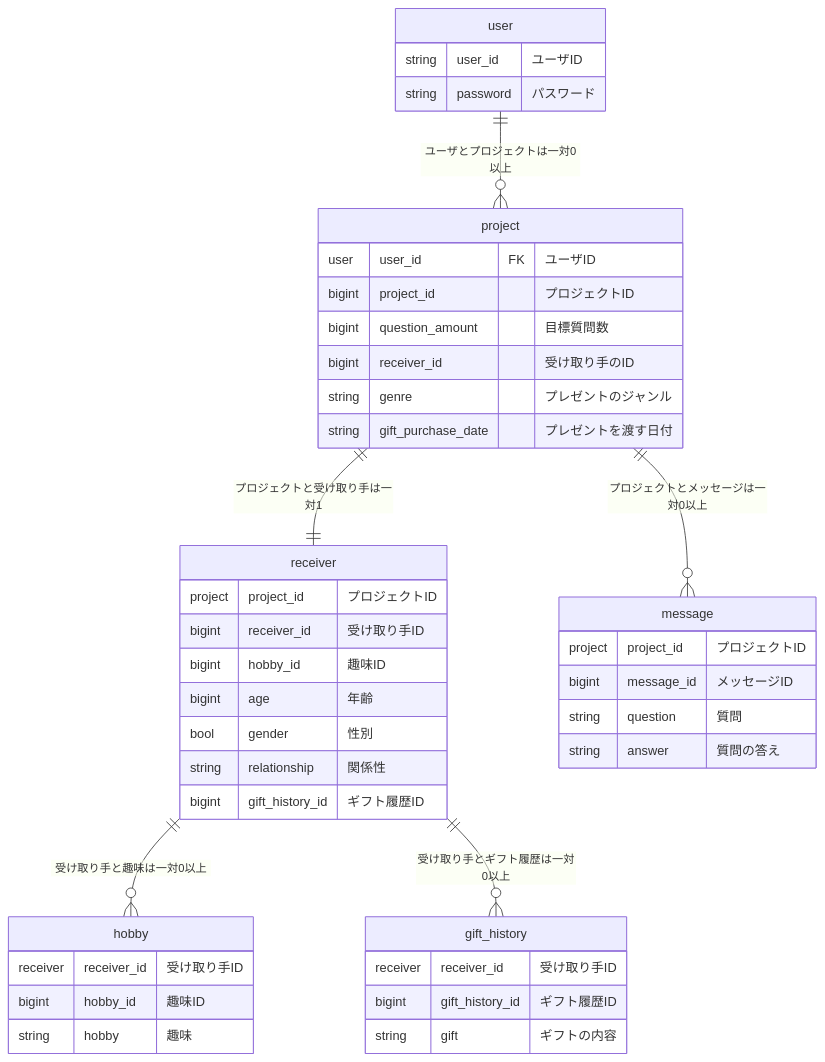
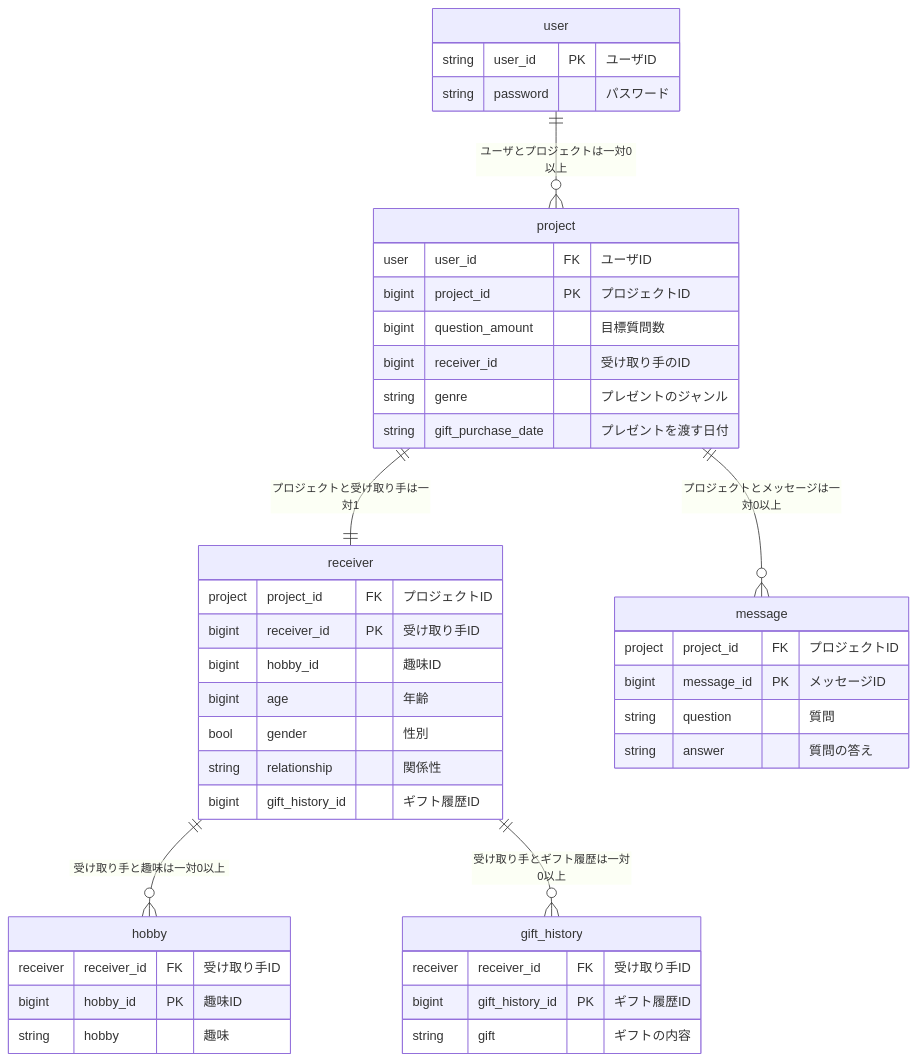
One commit to team-upliftu/UpliftU changed the diagram in README.md. Above: the diagram before and after it, drawn with Mermaid.

````diff
--- a/README.md
+++ b/README.md
@@ -18,52 +18,52 @@
 ```mermaid
 erDiagram
   user ||--o{ project : "ユーザとプロジェクトは一対0以上"
   project ||--|| receiver : "プロジェクトと受け取り手は一対1"
   project ||--o{ message : "プロジェクトとメッセージは一対0以上"
   receiver ||--o{ hobby : "受け取り手と趣味は一対0以上"
   receiver ||--o{ gift_history : "受け取り手とギフト履歴は一対0以上"
 
   user {
-    string user_id "ユーザID"
+    string user_id PK "ユーザID"
     string password "パスワード"
 
   }
 
   hobby {
-    receiver receiver_id "受け取り手ID"
-    bigint hobby_id "趣味ID"
+    receiver receiver_id FK "受け取り手ID"
+    bigint hobby_id PK "趣味ID"
     string hobby "趣味"
   }
 
   receiver {
-    project project_id "プロジェクトID"
-    bigint receiver_id "受け取り手ID"
+    project project_id FK "プロジェクトID"
+    bigint receiver_id PK "受け取り手ID"
     bigint hobby_id "趣味ID"
     bigint age "年齢"
     bool gender "性別"
     string relationship "関係性"
     bigint gift_history_id "ギフト履歴ID"
   }
 
   project {
     user user_id FK "ユーザID"
-    bigint project_id "プロジェクトID"
+    bigint project_id PK "プロジェクトID"
     bigint question_amount "目標質問数"
     bigint receiver_id "受け取り手のID"
     string genre "プレゼントのジャンル"
     string gift_purchase_date "プレゼントを渡す日付"
   }
 
   message {
-    project project_id "プロジェクトID"
-    bigint message_id "メッセージID"
+    project project_id FK "プロジェクトID"
+    bigint message_id PK "メッセージID"
     string question "質問"
     string answer "質問の答え"
   }
 
   gift_history {
-     receiver receiver_id "受け取り手ID"
-     bigint gift_history_id "ギフト履歴ID"
+     receiver receiver_id FK "受け取り手ID"
+     bigint gift_history_id PK "ギフト履歴ID"
      string gift "ギフトの内容"
   }
 ```
````
